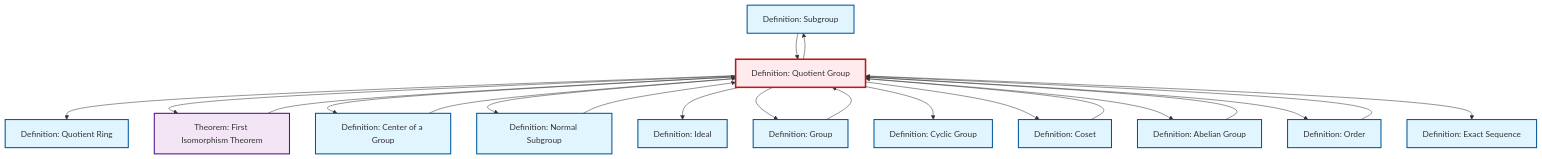
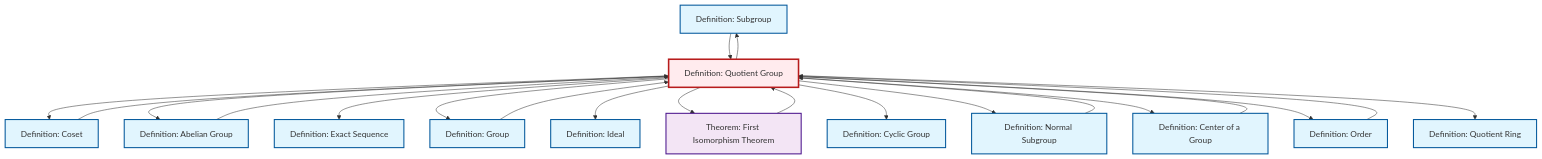
The diagram in content/en/algebra/def-quotient-group.qmd (RK0429/ModernMath), drawn with Mermaid before and after one commit. The commit also changed other lines of this file and 672 other files, not shown here.

````diff
--- a/content/en/algebra/def-quotient-group.qmd
+++ b/content/en/algebra/def-quotient-group.qmd
@@ -150,55 +150,55 @@
 ```{mermaid}
 %%| fig-cap: "Local dependency graph"
 graph TD
     classDef definition fill:#e1f5fe,stroke:#01579b,stroke-width:2px
     classDef theorem fill:#f3e5f5,stroke:#4a148c,stroke-width:2px
     classDef axiom fill:#fff3e0,stroke:#e65100,stroke-width:2px
     classDef example fill:#e8f5e9,stroke:#1b5e20,stroke-width:2px
     classDef current fill:#ffebee,stroke:#b71c1c,stroke-width:3px
-    def-exact-sequence["Definition: Exact Sequence"]:::definition
     def-subgroup["Definition: Subgroup"]:::definition
-    def-ideal["Definition: Ideal"]:::definition
+    def-normal-subgroup["Definition: Normal Subgroup"]:::definition
     def-cyclic-group["Definition: Cyclic Group"]:::definition
     def-order["Definition: Order"]:::definition
-    def-abelian-group["Definition: Abelian Group"]:::definition
-    def-normal-subgroup["Definition: Normal Subgroup"]:::definition
-    def-center-of-group["Definition: Center of a Group"]:::definition
-    def-coset["Definition: Coset"]:::definition
-    def-quotient-ring["Definition: Quotient Ring"]:::definition
+    def-exact-sequence["Definition: Exact Sequence"]:::definition
     def-quotient-group["Definition: Quotient Group"]:::definition
     thm-first-isomorphism["Theorem: First Isomorphism Theorem"]:::theorem
+    def-quotient-ring["Definition: Quotient Ring"]:::definition
+    def-ideal["Definition: Ideal"]:::definition
     def-group["Definition: Group"]:::definition
+    def-coset["Definition: Coset"]:::definition
+    def-center-of-group["Definition: Center of a Group"]:::definition
+    def-abelian-group["Definition: Abelian Group"]:::definition
     def-order --> def-quotient-group
-    def-quotient-group --> def-quotient-ring
-    def-quotient-group --> def-subgroup
-    def-quotient-group --> thm-first-isomorphism
-    def-quotient-group --> def-center-of-group
-    def-quotient-group --> def-normal-subgroup
-    def-quotient-group --> def-ideal
+    def-quotient-group --> def-coset
+    def-quotient-group --> def-abelian-group
+    def-quotient-group --> def-exact-sequence
+    def-center-of-group --> def-quotient-group
     def-quotient-group --> def-group
     def-coset --> def-quotient-group
+    def-subgroup --> def-quotient-group
+    def-quotient-group --> def-ideal
+    thm-first-isomorphism --> def-quotient-group
+    def-quotient-group --> thm-first-isomorphism
     def-quotient-group --> def-cyclic-group
-    def-center-of-group --> def-quotient-group
+    def-quotient-group --> def-normal-subgroup
+    def-quotient-group --> def-center-of-group
+    def-quotient-group --> def-order
+    def-quotient-group --> def-subgroup
+    def-normal-subgroup --> def-quotient-group
+    def-quotient-group --> def-quotient-ring
     def-abelian-group --> def-quotient-group
-    def-subgroup --> def-quotient-group
-    def-quotient-group --> def-coset
-    def-quotient-group --> def-abelian-group
     def-group --> def-quotient-group
-    thm-first-isomorphism --> def-quotient-group
-    def-quotient-group --> def-order
-    def-normal-subgroup --> def-quotient-group
-    def-quotient-group --> def-exact-sequence
     class def-quotient-group current
-    click def-exact-sequence "def-exact-sequence.html" "Go to Exact Sequence definition"
     click def-subgroup "def-subgroup.html" "Go to Subgroup definition"
-    click def-ideal "def-ideal.html" "Go to Ideal definition"
+    click def-normal-subgroup "def-normal-subgroup.html" "Go to Normal Subgroup definition"
     click def-cyclic-group "def-cyclic-group.html" "Go to Cyclic Group definition"
     click def-order "def-order.html" "Go to Order definition"
+    click def-exact-sequence "def-exact-sequence.html" "Go to Exact Sequence definition"
+    click thm-first-isomorphism "thm-first-isomorphism.html" "Go to First Isomorphism Theorem theorem"
+    click def-quotient-ring "def-quotient-ring.html" "Go to Quotient Ring definition"
+    click def-ideal "def-ideal.html" "Go to Ideal definition"
+    click def-group "def-group.html" "Go to Group definition"
+    click def-coset "def-coset.html" "Go to Coset definition"
+    click def-center-of-group "def-center-of-group.html" "Go to Center of a Group definition"
     click def-abelian-group "def-abelian-group.html" "Go to Abelian Group definition"
-    click def-normal-subgroup "def-normal-subgroup.html" "Go to Normal Subgroup definition"
-    click def-center-of-group "def-center-of-group.html" "Go to Center of a Group definition"
-    click def-coset "def-coset.html" "Go to Coset definition"
-    click def-quotient-ring "def-quotient-ring.html" "Go to Quotient Ring definition"
-    click thm-first-isomorphism "thm-first-isomorphism.html" "Go to First Isomorphism Theorem theorem"
-    click def-group "def-group.html" "Go to Group definition"
 ```
````
